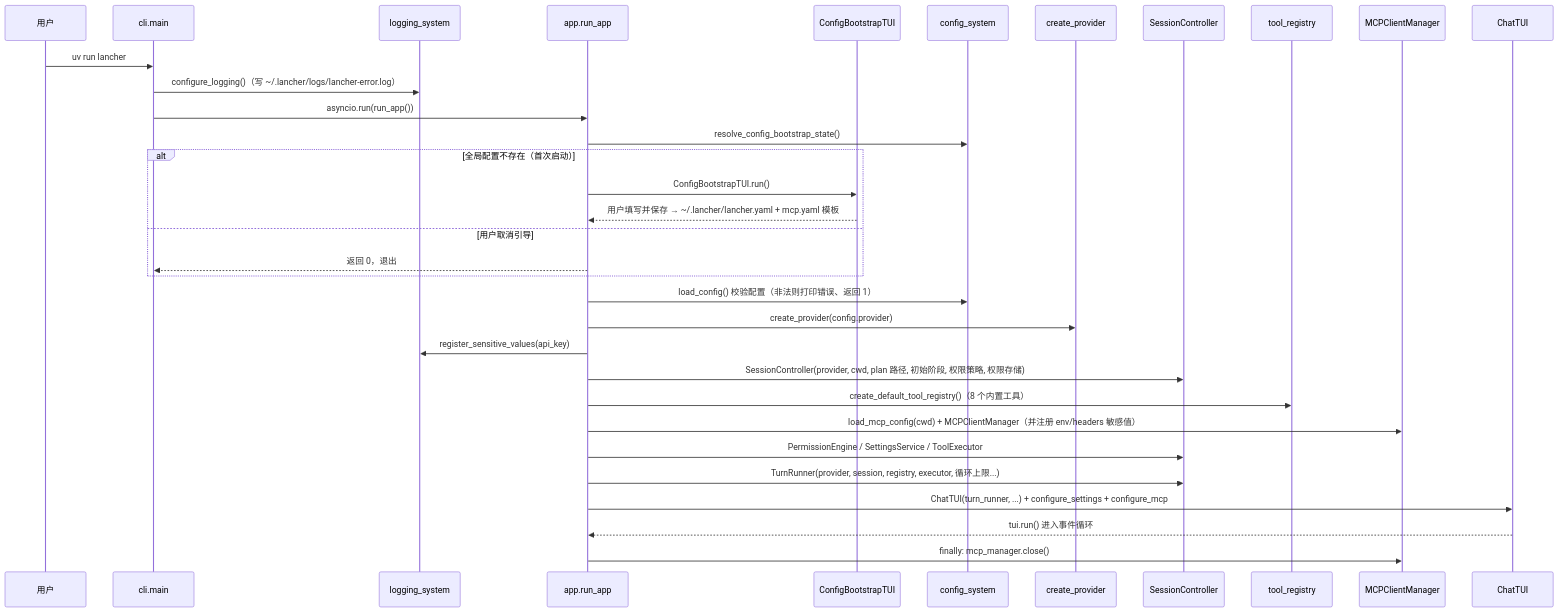
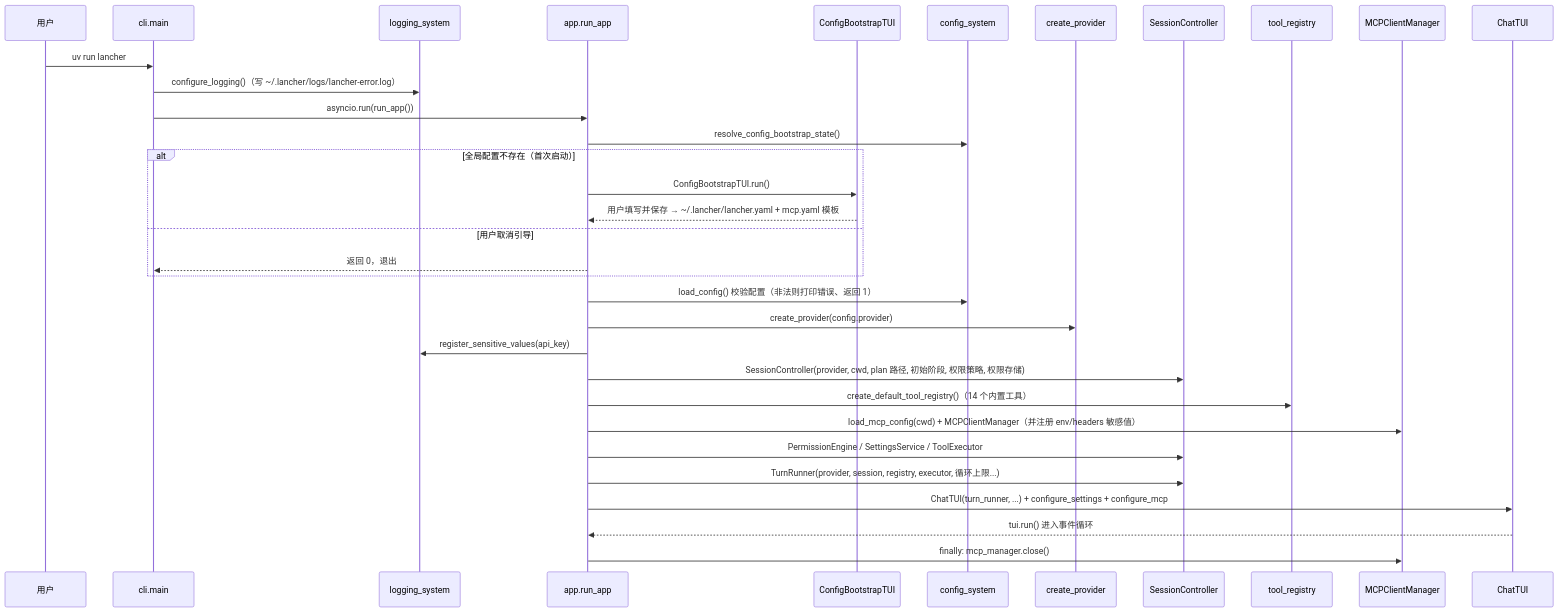
The diagram in docs/workflows/startup.md (LangYiSheng/LanCher-Code), drawn with Mermaid before and after one commit. The commit also changed other lines of this file and 95 other files, not shown here.

````diff
--- a/docs/workflows/startup.md
+++ b/docs/workflows/startup.md
@@ -7,36 +7,36 @@
 ```mermaid
 sequenceDiagram
     participant U as 用户
     participant CLI as cli.main
     participant LOG as logging_system
     participant APP as app.run_app
     participant BS as ConfigBootstrapTUI
     participant CFG as config_system
     participant PF as create_provider
     participant SS as SessionController
     participant REG as tool_registry
     participant MCP as MCPClientManager
     participant TUI as ChatTUI
 
     U->>CLI: uv run lancher
     CLI->>LOG: configure_logging()（写 ~/.lancher/logs/lancher-error.log）
     CLI->>APP: asyncio.run(run_app())
     APP->>CFG: resolve_config_bootstrap_state()
     alt 全局配置不存在（首次启动）
         APP->>BS: ConfigBootstrapTUI.run()
         BS-->>APP: 用户填写并保存 → ~/.lancher/lancher.yaml + mcp.yaml 模板
     else 用户取消引导
         APP-->>CLI: 返回 0，退出
     end
     APP->>CFG: load_config() 校验配置（非法则打印错误、返回 1）
     APP->>PF: create_provider(config.provider)
     APP->>LOG: register_sensitive_values(api_key)
     APP->>SS: SessionController(provider, cwd, plan 路径, 初始阶段, 权限策略, 权限存储)
-    APP->>REG: create_default_tool_registry()（8 个内置工具）
+    APP->>REG: create_default_tool_registry()（14 个内置工具）
     APP->>MCP: load_mcp_config(cwd) + MCPClientManager（并注册 env/headers 敏感值）
     APP->>SS: PermissionEngine / SettingsService / ToolExecutor
     APP->>SS: TurnRunner(provider, session, registry, executor, 循环上限...)
     APP->>TUI: ChatTUI(turn_runner, ...) + configure_settings + configure_mcp
     TUI-->>APP: tui.run() 进入事件循环
     APP->>MCP: finally: mcp_manager.close()
 ```
````
